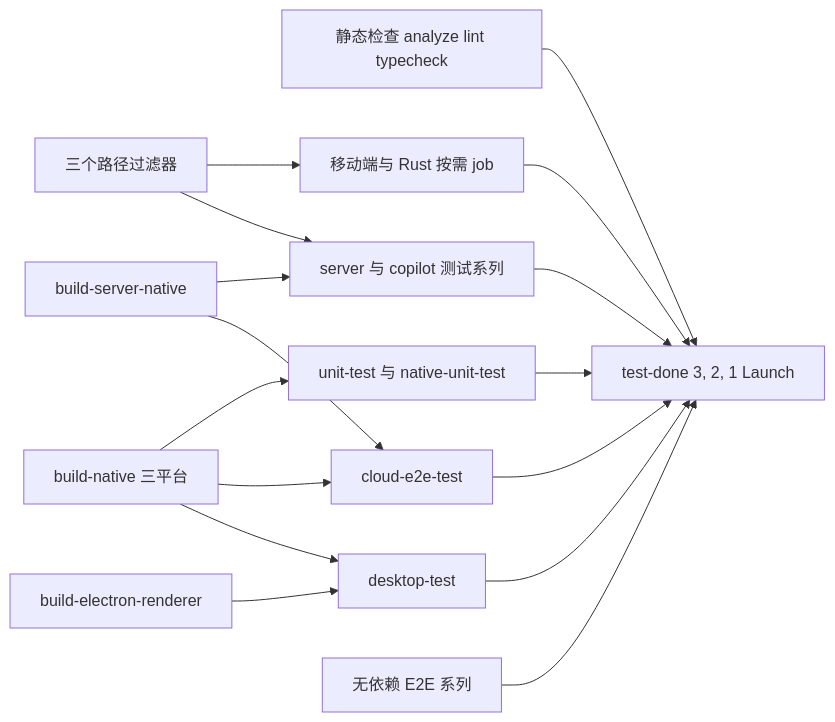
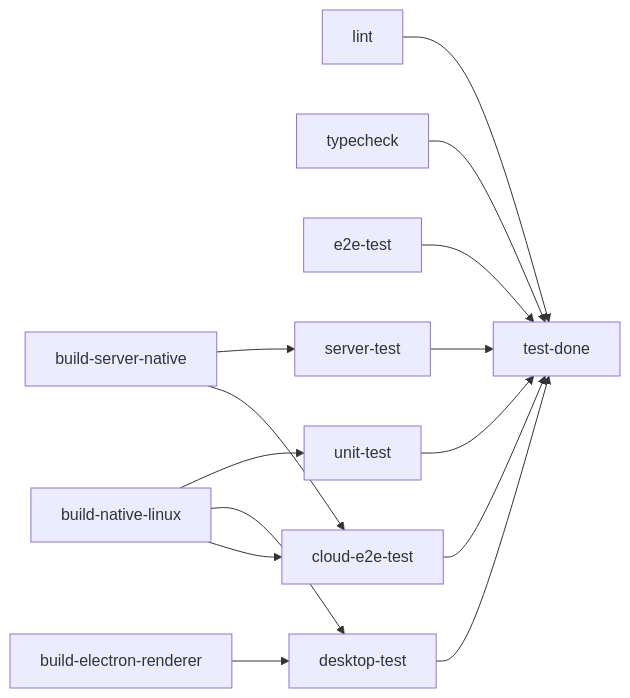
Before and after one commit to lfire/AFFiNE: the third of 5 diagrams in learning-guide/slides/decks/26.md, drawn with Mermaid. The commit also changed other lines of this file and 46 other files, not shown here.

````diff
--- a/learning-guide/slides/decks/26.md
+++ b/learning-guide/slides/decks/26.md
@@ -121,18 +192,16 @@
 ```mermaid
 flowchart LR
-  A["静态检查 analyze lint typecheck"] --> T["test-done 3, 2, 1 Launch"]
-  F[三个路径过滤器] --> MR[移动端与 Rust 按需 job]
-  F --> S["server 与 copilot 测试系列"]
-  N["build-native 三平台"] --> U["unit-test 与 native-unit-test"]
-  SN["build-server-native"] --> S
-  SN --> CE["cloud-e2e-test"]
-  N --> CE
-  N --> D["desktop-test"]
-  ER["build-electron-renderer"] --> D
-  E["无依赖 E2E 系列"] --> T
-  MR --> T
-  U --> T
-  S --> T
-  CE --> T
-  D --> T
+  lint["lint"] --> done["test-done"]
+  tc["typecheck"] --> done
+  e2e["e2e-test"] --> done
+  bnl["build-native-linux"] --> ut["unit-test"]
+  bsn["build-server-native"] --> st["server-test"]
+  ber["build-electron-renderer"] --> dt["desktop-test"]
+  bnl --> dt
+  bnl --> ce["cloud-e2e-test"]
+  bsn --> ce
+  ut --> done
+  st --> done
+  ce --> done
+  dt --> done
 ```
````
